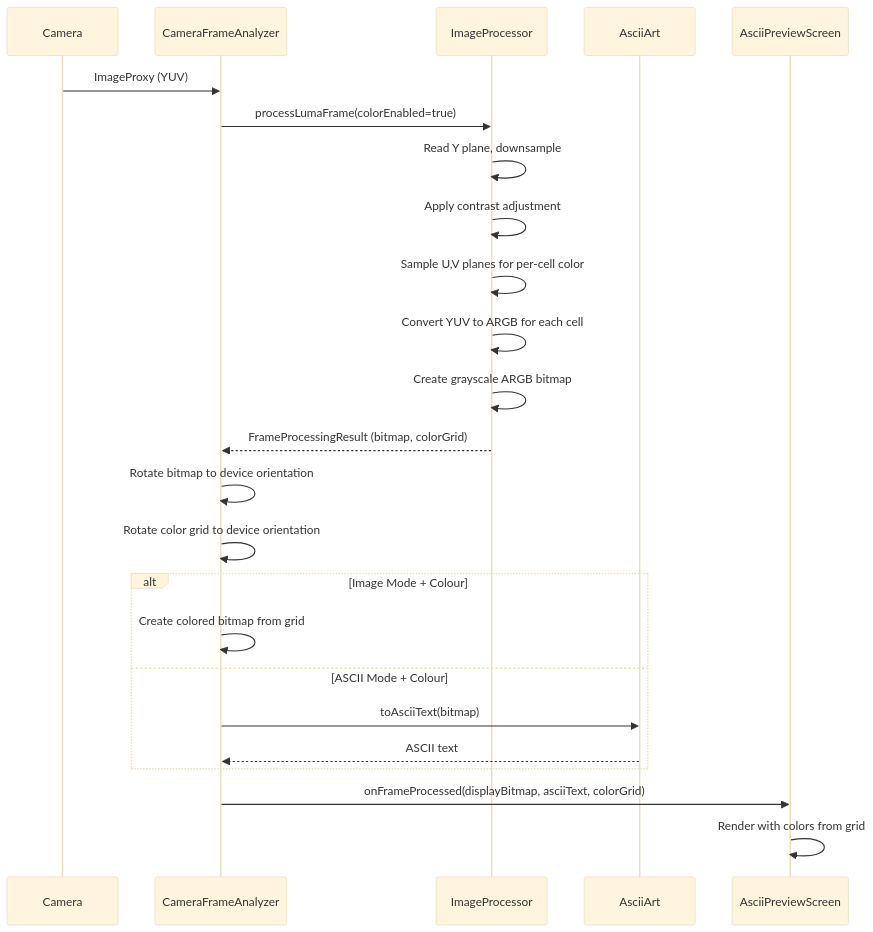
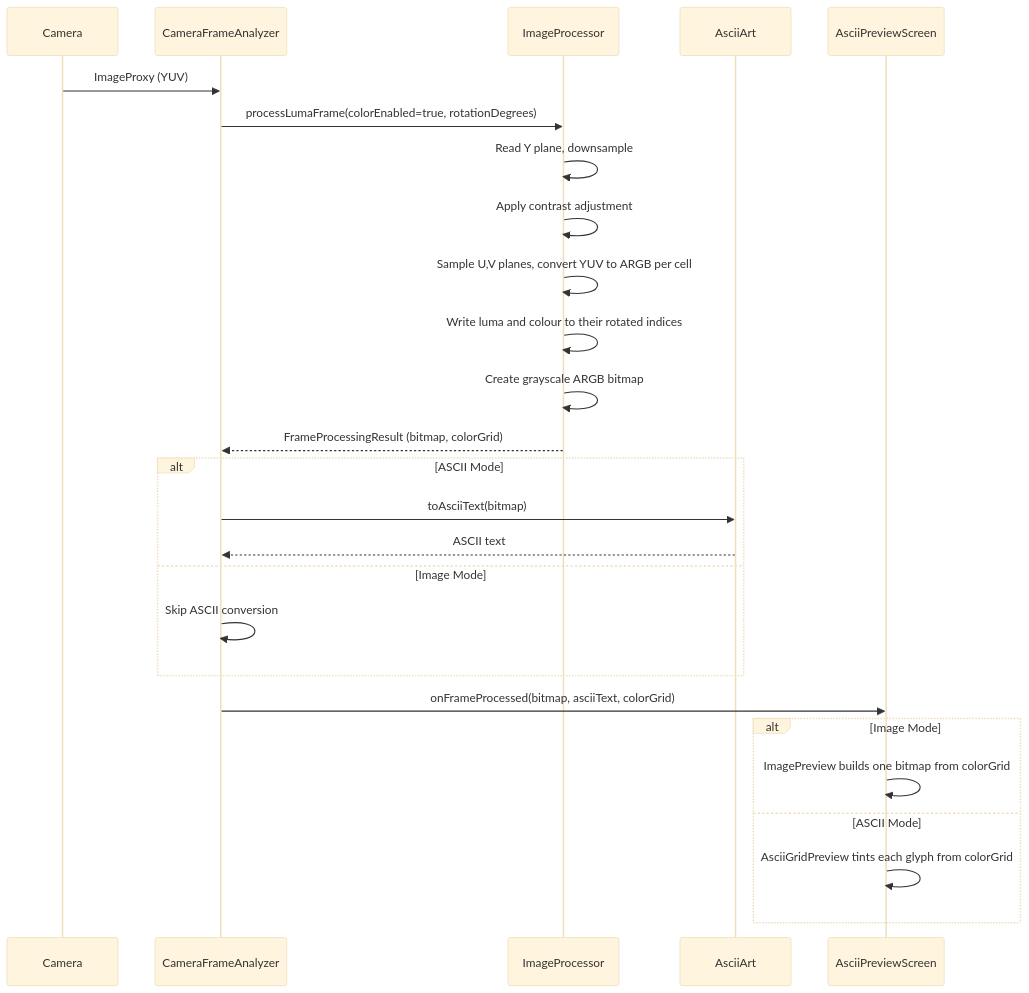
The diagram in docs/sequence-colour.mmd (replicant1/AsciiArt), drawn with Mermaid (base theme) before and after one commit. The commit also changed 8 other files, not shown here.

First line of the commit message:
Bring the README and architecture diagrams back in line with the code

```diff
--- a/docs/sequence-colour.mmd
+++ b/docs/sequence-colour.mmd
@@ -1,25 +1,27 @@
 sequenceDiagram
     participant Camera
     participant CFA as CameraFrameAnalyzer
     participant IP as ImageProcessor
     participant AA as AsciiArt
     participant UI as AsciiPreviewScreen
 
     Camera->>CFA: ImageProxy (YUV)
-    CFA->>IP: processLumaFrame(colorEnabled=true)
+    CFA->>IP: processLumaFrame(colorEnabled=true, rotationDegrees)
     IP->>IP: Read Y plane, downsample
     IP->>IP: Apply contrast adjustment
-    IP->>IP: Sample U,V planes for per-cell color
-    IP->>IP: Convert YUV to ARGB for each cell
+    IP->>IP: Sample U,V planes, convert YUV to ARGB per cell
+    IP->>IP: Write luma and colour to their rotated indices
     IP->>IP: Create grayscale ARGB bitmap
     IP-->>CFA: FrameProcessingResult (bitmap, colorGrid)
-    CFA->>CFA: Rotate bitmap to device orientation
-    CFA->>CFA: Rotate color grid to device orientation
-    alt Image Mode + Colour
-        CFA->>CFA: Create colored bitmap from grid
-    else ASCII Mode + Colour
+    alt ASCII Mode
         CFA->>AA: toAsciiText(bitmap)
         AA-->>CFA: ASCII text
+    else Image Mode
+        CFA->>CFA: Skip ASCII conversion
     end
-    CFA->>UI: onFrameProcessed(displayBitmap, asciiText, colorGrid)
-    UI->>UI: Render with colors from grid
+    CFA->>UI: onFrameProcessed(bitmap, asciiText, colorGrid)
+    alt Image Mode
+        UI->>UI: ImagePreview builds one bitmap from colorGrid
+    else ASCII Mode
+        UI->>UI: AsciiGridPreview tints each glyph from colorGrid
+    end
```
